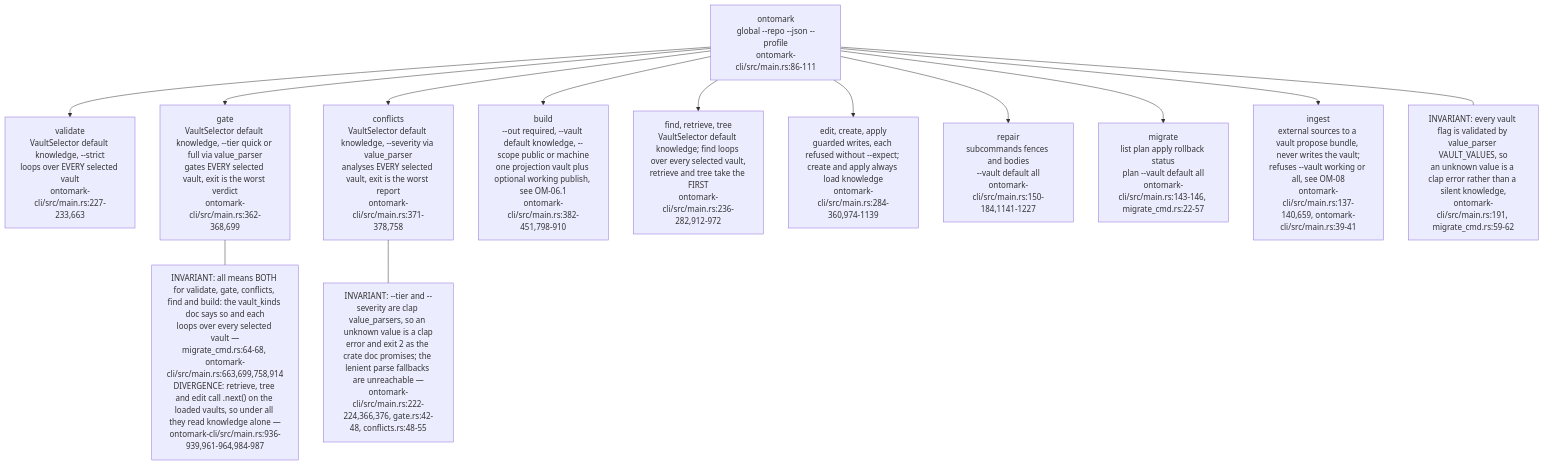
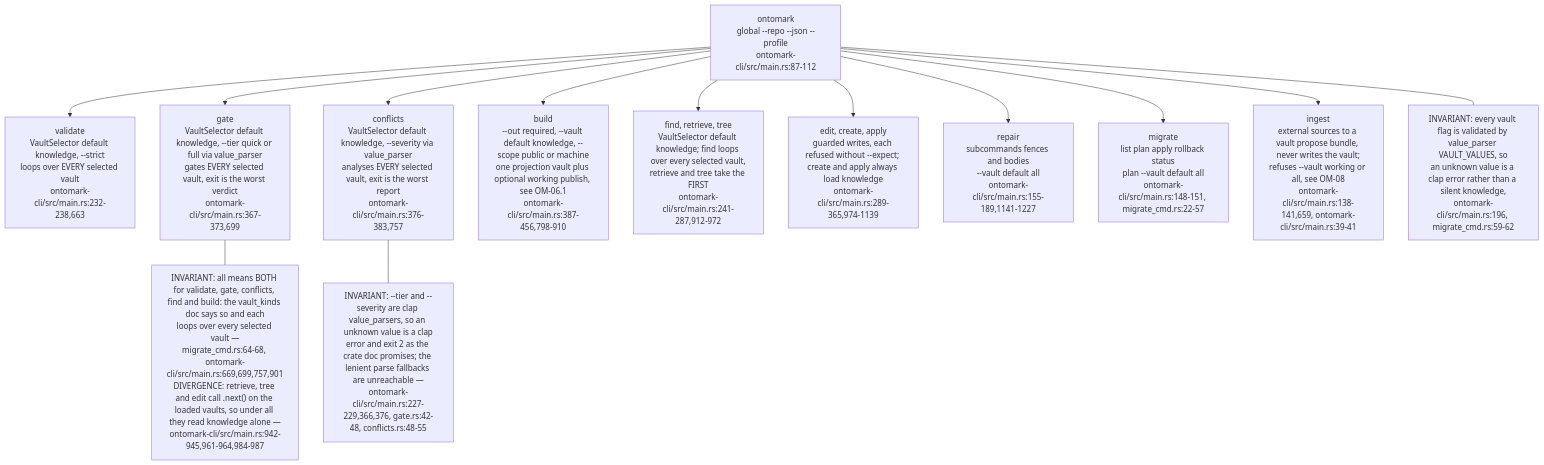
One commit to DreamLab-AI/VisionFlow changed the first of 6 diagrams in docs/diagrams/ontomark/05-cli-commands-vault-selector-and-exit-codes.md. Above: the diagram before and after it, drawn with Mermaid. The commit also changed other lines of this file and 59 other files, not shown here.

First line of the commit message:
docs(diagrams): re-derive and re-stamp forum, website, pod, ontomark and sealmap topics

````diff
--- a/docs/diagrams/ontomark/05-cli-commands-vault-selector-and-exit-codes.md
+++ b/docs/diagrams/ontomark/05-cli-commands-vault-selector-and-exit-codes.md
@@ -35,28 +35,28 @@
 ```mermaid
 flowchart TD
-    CLI["ontomark<br/>global --repo --json --profile<br/>ontomark-cli/src/main.rs:86-111"]
-    VAL["validate<br/>VaultSelector default knowledge, --strict<br/>loops over EVERY selected vault<br/>ontomark-cli/src/main.rs:227-233,663"]
-    GATE["gate<br/>VaultSelector default knowledge, --tier quick or full via value_parser<br/>gates EVERY selected vault, exit is the worst verdict<br/>ontomark-cli/src/main.rs:362-368,699"]
-    CONF["conflicts<br/>VaultSelector default knowledge, --severity via value_parser<br/>analyses EVERY selected vault, exit is the worst report<br/>ontomark-cli/src/main.rs:371-378,758"]
-    BUILD["build<br/>--out required, --vault default knowledge, --scope public or machine<br/>one projection vault plus optional working publish, see OM-06.1<br/>ontomark-cli/src/main.rs:382-451,798-910"]
-    QRY["find, retrieve, tree<br/>VaultSelector default knowledge; find loops over every selected vault,<br/>retrieve and tree take the FIRST<br/>ontomark-cli/src/main.rs:236-282,912-972"]
-    WR["edit, create, apply<br/>guarded writes, each refused without --expect; create and apply always load knowledge<br/>ontomark-cli/src/main.rs:284-360,974-1139"]
-    REPAIR["repair<br/>subcommands fences and bodies<br/>--vault default all<br/>ontomark-cli/src/main.rs:150-184,1141-1227"]
-    MIG["migrate<br/>list plan apply rollback status<br/>plan --vault default all<br/>ontomark-cli/src/main.rs:143-146, migrate_cmd.rs:22-57"]
-    ING["ingest<br/>external sources to a vault propose bundle, never writes the vault;<br/>refuses --vault working or all, see OM-08<br/>ontomark-cli/src/main.rs:137-140,659, ontomark-cli/src/main.rs:39-41"]
+    CLI["ontomark<br/>global --repo --json --profile<br/>ontomark-cli/src/main.rs:87-112"]
+    VAL["validate<br/>VaultSelector default knowledge, --strict<br/>loops over EVERY selected vault<br/>ontomark-cli/src/main.rs:232-238,663"]
+    GATE["gate<br/>VaultSelector default knowledge, --tier quick or full via value_parser<br/>gates EVERY selected vault, exit is the worst verdict<br/>ontomark-cli/src/main.rs:367-373,699"]
+    CONF["conflicts<br/>VaultSelector default knowledge, --severity via value_parser<br/>analyses EVERY selected vault, exit is the worst report<br/>ontomark-cli/src/main.rs:376-383,757"]
+    BUILD["build<br/>--out required, --vault default knowledge, --scope public or machine<br/>one projection vault plus optional working publish, see OM-06.1<br/>ontomark-cli/src/main.rs:387-456,798-910"]
+    QRY["find, retrieve, tree<br/>VaultSelector default knowledge; find loops over every selected vault,<br/>retrieve and tree take the FIRST<br/>ontomark-cli/src/main.rs:241-287,912-972"]
+    WR["edit, create, apply<br/>guarded writes, each refused without --expect; create and apply always load knowledge<br/>ontomark-cli/src/main.rs:289-365,974-1139"]
+    REPAIR["repair<br/>subcommands fences and bodies<br/>--vault default all<br/>ontomark-cli/src/main.rs:155-189,1141-1227"]
+    MIG["migrate<br/>list plan apply rollback status<br/>plan --vault default all<br/>ontomark-cli/src/main.rs:148-151, migrate_cmd.rs:22-57"]
+    ING["ingest<br/>external sources to a vault propose bundle, never writes the vault;<br/>refuses --vault working or all, see OM-08<br/>ontomark-cli/src/main.rs:138-141,659, ontomark-cli/src/main.rs:39-41"]
     CLI --> VAL
     CLI --> GATE
     CLI --> CONF
     CLI --> BUILD
     CLI --> QRY
     CLI --> WR
     CLI --> REPAIR
     CLI --> MIG
     CLI --> ING
-    n1["INVARIANT: every vault flag is validated by value_parser VAULT_VALUES, so<br/>an unknown value is a clap error rather than a silent knowledge,<br/>ontomark-cli/src/main.rs:191, migrate_cmd.rs:59-62"]
-    n2["INVARIANT: all means BOTH for validate, gate, conflicts, find and build: the vault_kinds doc says so and each<br/>loops over every selected vault —<br/>migrate_cmd.rs:64-68, ontomark-cli/src/main.rs:663,699,758,914<br/>DIVERGENCE: retrieve, tree and edit call .next() on the loaded vaults, so under all they read knowledge alone —<br/>ontomark-cli/src/main.rs:936-939,961-964,984-987"]
-    n3["INVARIANT: --tier and --severity are clap value_parsers, so an unknown value is a clap<br/>error and exit 2 as the crate doc promises; the lenient parse fallbacks are unreachable —<br/>ontomark-cli/src/main.rs:222-224,366,376, gate.rs:42-48, conflicts.rs:48-55"]
+    n1["INVARIANT: every vault flag is validated by value_parser VAULT_VALUES, so<br/>an unknown value is a clap error rather than a silent knowledge,<br/>ontomark-cli/src/main.rs:196, migrate_cmd.rs:59-62"]
+    n2["INVARIANT: all means BOTH for validate, gate, conflicts, find and build: the vault_kinds doc says so and each<br/>loops over every selected vault —<br/>migrate_cmd.rs:64-68, ontomark-cli/src/main.rs:669,699,757,901<br/>DIVERGENCE: retrieve, tree and edit call .next() on the loaded vaults, so under all they read knowledge alone —<br/>ontomark-cli/src/main.rs:942-945,961-964,984-987"]
+    n3["INVARIANT: --tier and --severity are clap value_parsers, so an unknown value is a clap<br/>error and exit 2 as the crate doc promises; the lenient parse fallbacks are unreachable —<br/>ontomark-cli/src/main.rs:227-229,366,376, gate.rs:42-48, conflicts.rs:48-55"]
     GATE --- n2
     CONF --- n3
     CLI --- n1
 ```
````
